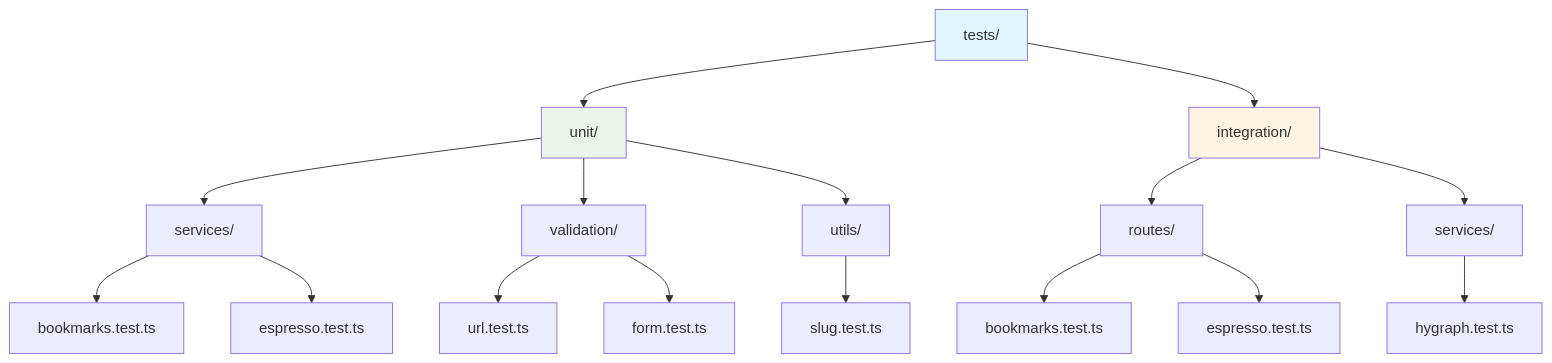
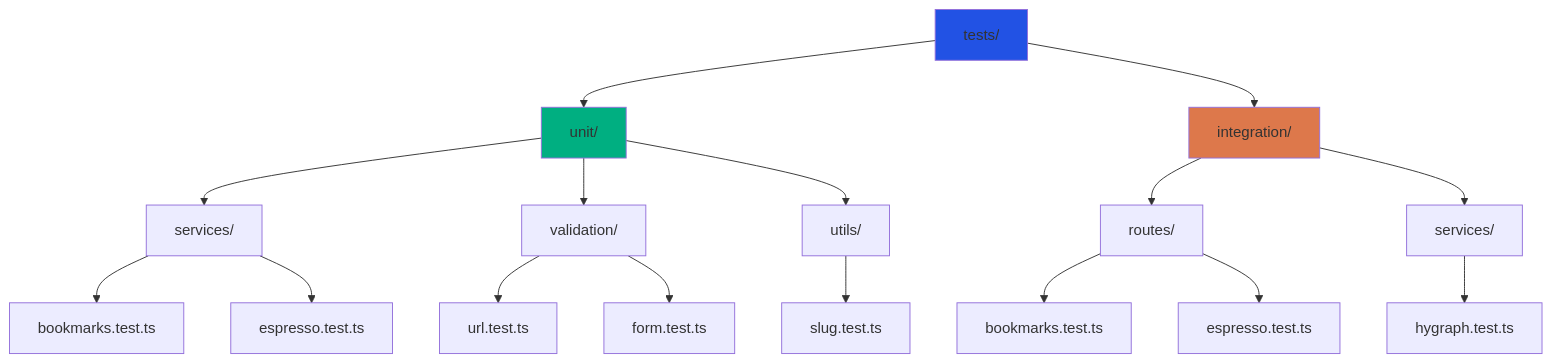
Before and after one commit to ikbenbas/mijnnaamisbas: the eighth of 9 diagrams in ARCHITECTURE_DIAGRAMS.md, drawn with Mermaid. The commit also changed other lines of this file, not shown here.

````diff
--- a/ARCHITECTURE_DIAGRAMS.md
+++ b/ARCHITECTURE_DIAGRAMS.md
@@ -294,29 +294,29 @@
 ```mermaid
 graph TD
     Root[tests/]
 
     Root --> Unit[unit/]
     Root --> Integration[integration/]
 
     Unit --> UServices[services/]
     UServices --> UBookmarks[bookmarks.test.ts]
     UServices --> UEspresso[espresso.test.ts]
 
     Unit --> UValidation[validation/]
     UValidation --> UUrl[url.test.ts]
     UValidation --> UForm[form.test.ts]
 
     Unit --> UUtils[utils/]
     UUtils --> USlug[slug.test.ts]
 
     Integration --> IRoutes[routes/]
     IRoutes --> IBookmarks[bookmarks.test.ts]
     IRoutes --> IEspresso[espresso.test.ts]
 
     Integration --> IServices[services/]
     IServices --> IHygraph[hygraph.test.ts]
 
-    style Root fill:#e1f5ff
-    style Unit fill:#e8f5e8
-    style Integration fill:#fff4e1
+    style Root fill:#2252e4
+    style Unit fill:#00af81
+    style Integration fill:#dd784b
 ```
````
